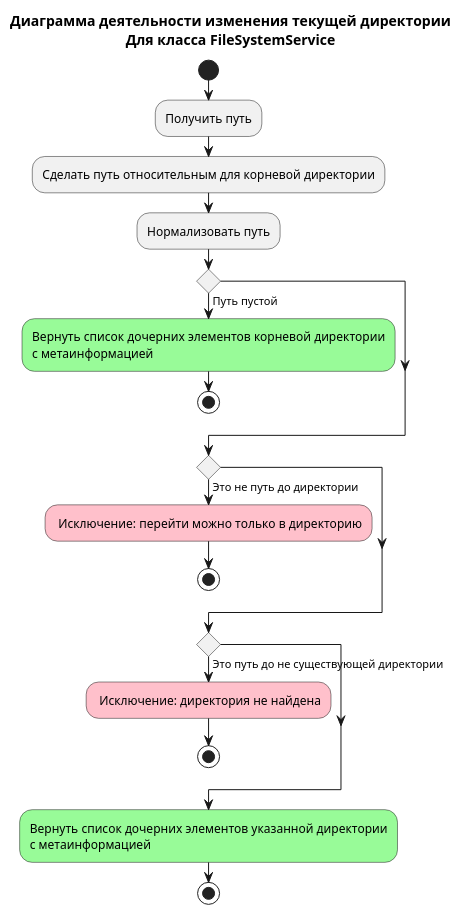
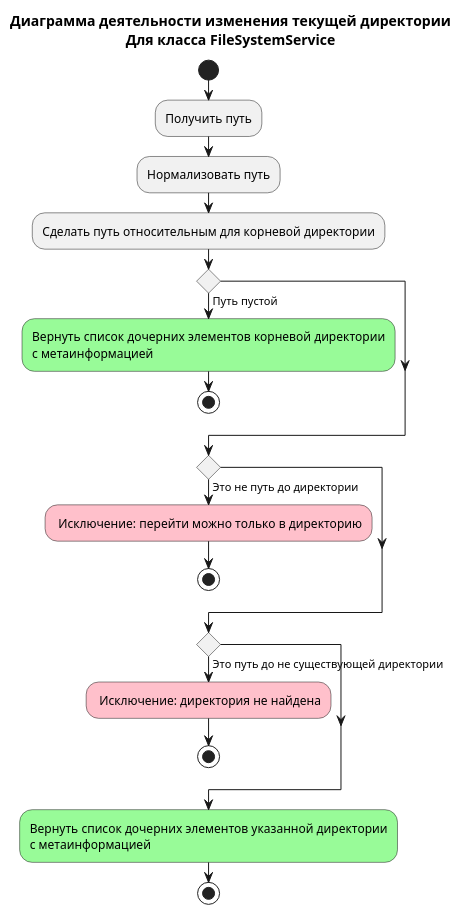
The diagram in documentation/diagrams/A1-change-dir.pu (PavelPutin/Zile-filla), drawn with PlantUML before and after one commit. The commit also changed other lines of this file and 3 other files, not shown here.

```diff
--- a/documentation/diagrams/A1-change-dir.pu
+++ b/documentation/diagrams/A1-change-dir.pu
@@ -1,31 +1,31 @@
 @startuml A1-change-dir
 title
 Диаграмма деятельности изменения текущей директории
 Для класса FileSystemService
 end title
 
 start
 :Получить путь;
+:Нормализовать путь;
 :Сделать путь относительным для корневой директории;
-:Нормализовать путь;
 
 if () then (Путь пустой)
     #palegreen:Вернуть список дочерних элементов корневой директории\nс метаинформацией;
     stop
 endif
 
 if () then (Это не путь до директории)
     #pink: Исключение: перейти можно только в директорию;
     stop
 endif
 
 if () then (Это путь до не существующей директории)
     #pink: Исключение: директория не найдена;
     stop
 endif
 
 #palegreen:Вернуть список дочерних элементов указанной директории\nс метаинформацией;
 
 stop
 
 @enduml
```
